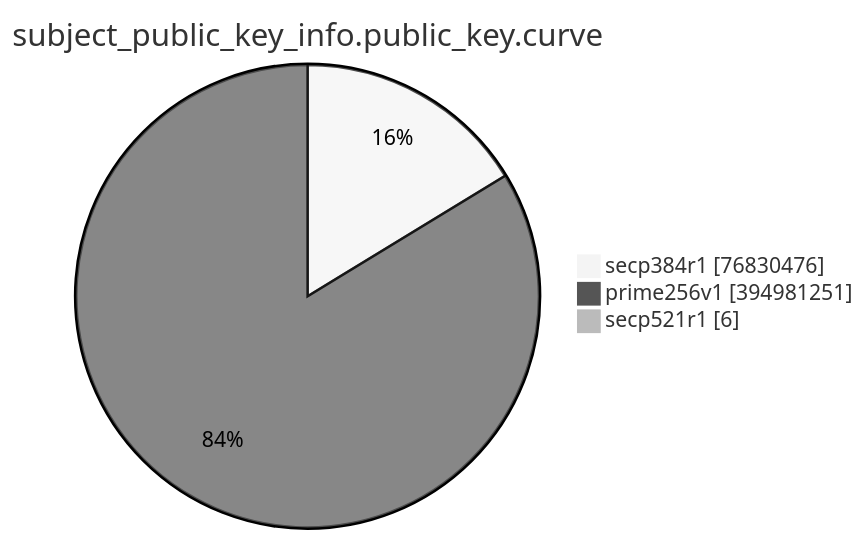
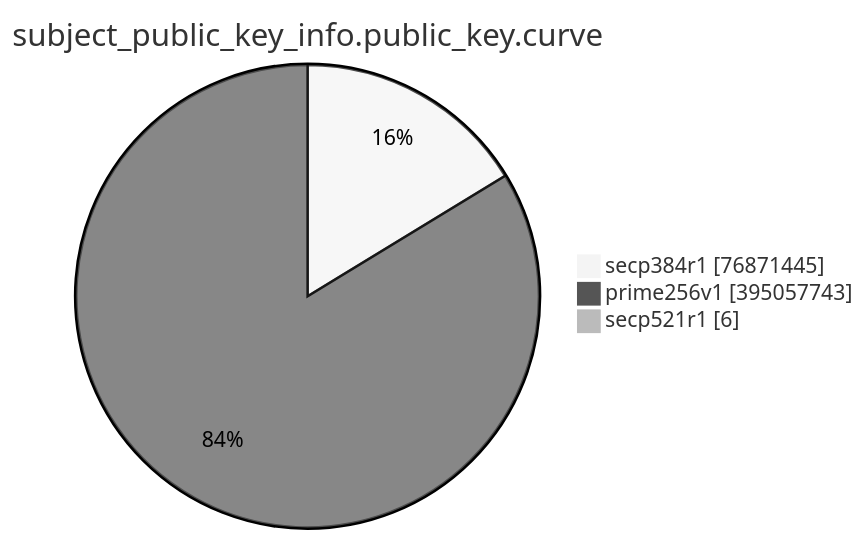
Before and after one commit to christiankrug/ctmonitor_visualization: the eighth of 15 diagrams in TOTAL/README.md, drawn with Mermaid (neutral theme). The commit also changed other lines of this file, not shown here.

````diff
--- a/TOTAL/README.md
+++ b/TOTAL/README.md
@@ -3094,7 +3094,7 @@
 ```mermaid
 pie showData
 title subject_public_key_info.public_key.curve
-"secp384r1" :76830476
-"prime256v1" :394981251
+"secp384r1" :76871445
+"prime256v1" :395057743
 "secp521r1" :6
 ```
````
